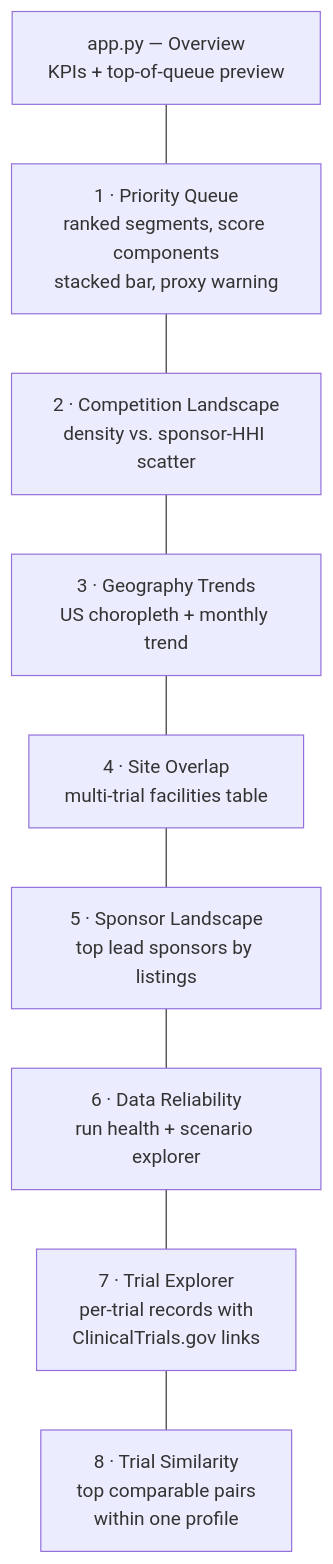
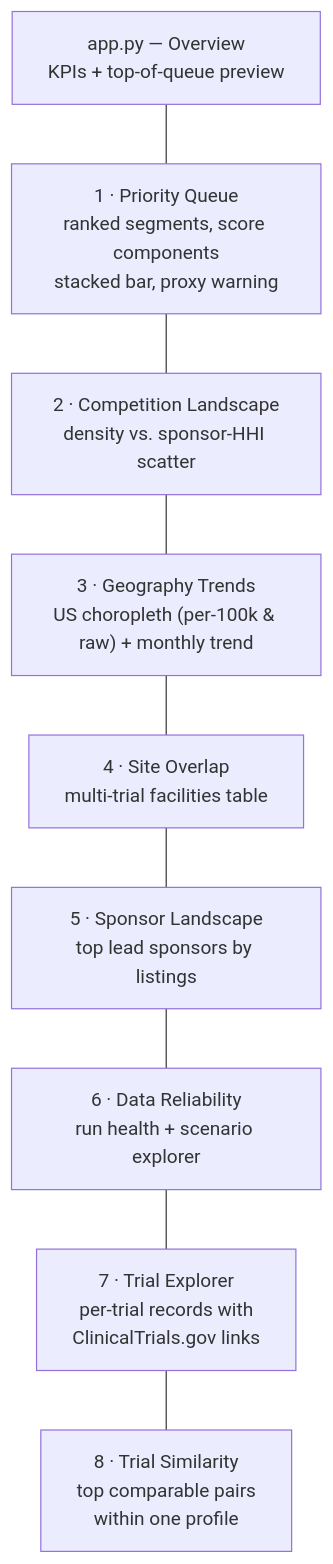
Before and after one commit to ne1cc/cti-dashboard: the ninth of 12 diagrams in PROJECT_DOCUMENTATION.md, drawn with Mermaid. The commit also changed other lines of this file and 12 other files, not shown here.

````diff
--- a/PROJECT_DOCUMENTATION.md
+++ b/PROJECT_DOCUMENTATION.md
@@ -606,13 +607,13 @@
 ```mermaid
 flowchart TB
     APP["app.py — Overview<br/>KPIs + top-of-queue preview"]
     P1["1 · Priority Queue<br/>ranked segments, score components<br/>stacked bar, proxy warning"]
     P2["2 · Competition Landscape<br/>density vs. sponsor-HHI scatter"]
-    P3["3 · Geography Trends<br/>US choropleth + monthly trend"]
+    P3["3 · Geography Trends<br/>US choropleth (per-100k & raw) + monthly trend"]
     P4["4 · Site Overlap<br/>multi-trial facilities table"]
     P5["5 · Sponsor Landscape<br/>top lead sponsors by listings"]
     P6["6 · Data Reliability<br/>run health + scenario explorer"]
     P7["7 · Trial Explorer<br/>per-trial records with<br/>ClinicalTrials.gov links"]
     P8["8 · Trial Similarity<br/>top comparable pairs<br/>within one profile"]
     APP --- P1 --- P2 --- P3 --- P4 --- P5 --- P6 --- P7 --- P8
 ```
````
